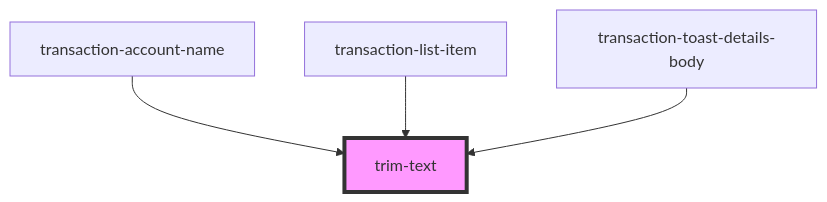
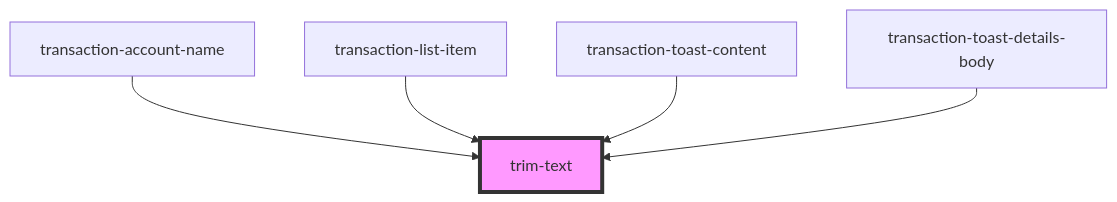
Before and after one commit to multiversx/mx-sdk-dapp-ui: the diagram in src/components/visual/trim/readme.md, drawn with Mermaid. The commit also changed other lines of this file and 29 other files, not shown here.

````diff
--- a/src/components/visual/trim/readme.md
+++ b/src/components/visual/trim/readme.md
@@ -26,7 +27,8 @@
 ```mermaid
 graph TD;
   transaction-account-name --> trim-text
   transaction-list-item --> trim-text
+  transaction-toast-content --> trim-text
   transaction-toast-details-body --> trim-text
   style trim-text fill:#f9f,stroke:#333,stroke-width:4px
 ```
````
